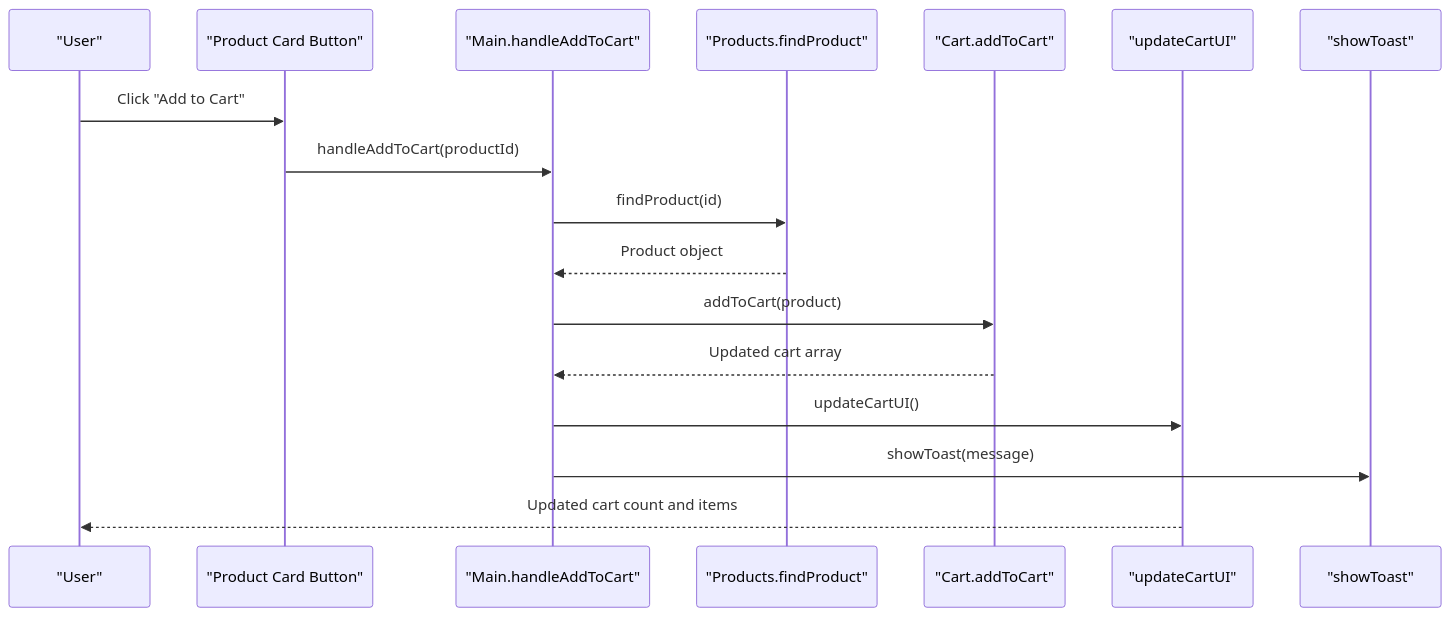
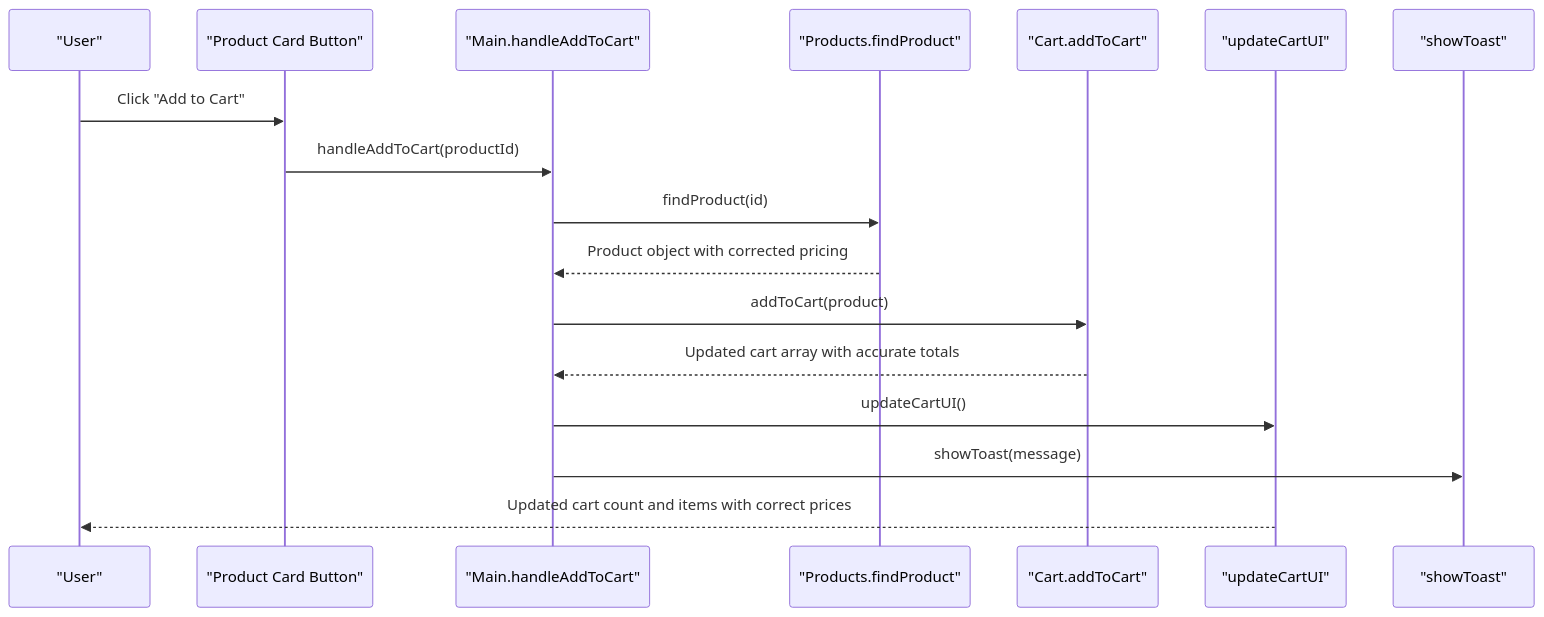
Before and after one commit to queenflowerhk/queenflowerhk.github.io: the fourth of 6 diagrams in .qoder/repowiki/en/content/Product Management System/Dynamic Product Rendering.md, drawn with Mermaid. The commit also changed other lines of this file and 57 other files, not shown here.

````diff
--- a/.qoder/repowiki/en/content/Product Management System/Dynamic Product Rendering.md
+++ b/.qoder/repowiki/en/content/Product Management System/Dynamic Product Rendering.md
@@ -218,19 +236,19 @@
 ```mermaid
 sequenceDiagram
 participant User as "User"
 participant Card as "Product Card Button"
 participant Main as "Main.handleAddToCart"
 participant Products as "Products.findProduct"
 participant Cart as "Cart.addToCart"
 participant UI as "updateCartUI"
 participant Toast as "showToast"
 User->>Card : Click "Add to Cart"
 Card->>Main : handleAddToCart(productId)
 Main->>Products : findProduct(id)
-Products-->>Main : Product object
+Products-->>Main : Product object with corrected pricing
 Main->>Cart : addToCart(product)
-Cart-->>Main : Updated cart array
+Cart-->>Main : Updated cart array with accurate totals
 Main->>UI : updateCartUI()
 Main->>Toast : showToast(message)
-UI-->>User : Updated cart count and items
+UI-->>User : Updated cart count and items with correct prices
 ```
````
